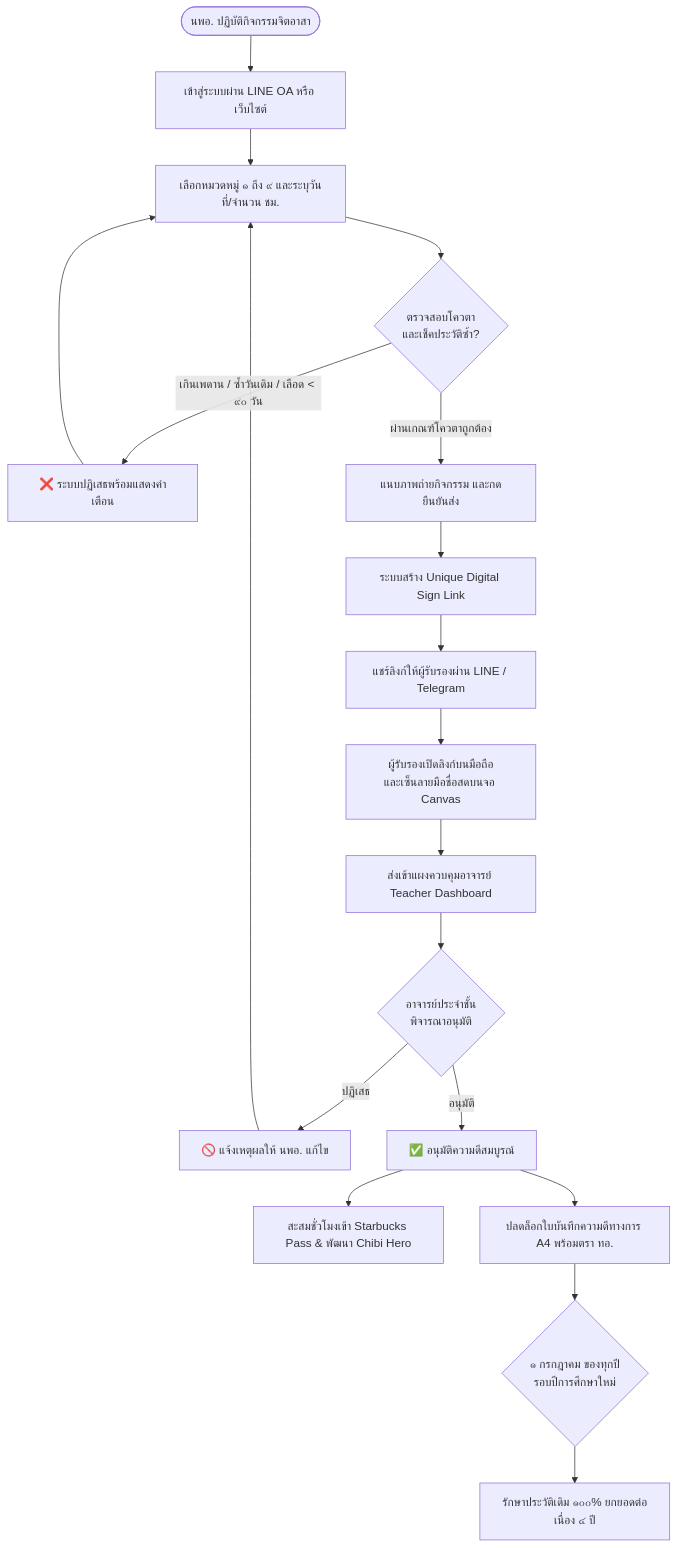
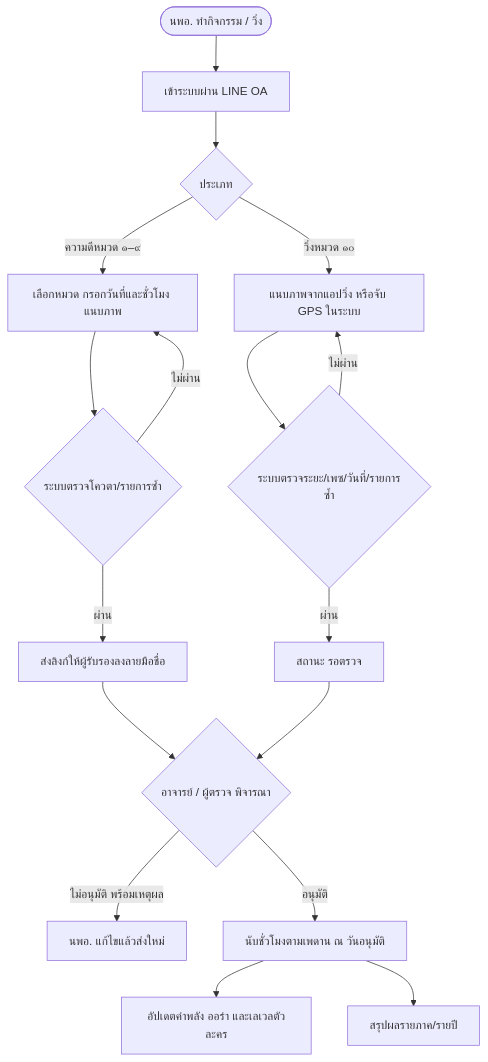
The diagram in SOP_STANDARD_OPERATING_PROCEDURE_2569.md (anuchit1tube168-cmd/gooddeeds69), drawn with Mermaid before and after one commit. The commit also changed other lines of this file and 54 other files, not shown here.

````diff
--- a/SOP_STANDARD_OPERATING_PROCEDURE_2569.md
+++ b/SOP_STANDARD_OPERATING_PROCEDURE_2569.md
@@ -58,30 +70,19 @@
 ```mermaid
 flowchart TD
-    Start([นพอ. ปฏิบัติกิจกรรมจิตอาสา]) --> Login[เข้าสู่ระบบผ่าน LINE OA หรือ เว็บไซต์]
-    Login --> SelectCat[เลือกหมวดหมู่ ๑ ถึง ๙ และระบุวันที่/จำนวน ชม.]
-    SelectCat --> CheckQuota{ตรวจสอบโควตา
-และเช็คประวัติซ้ำ?}
-    
-    CheckQuota -- เกินเพดาน / ซ้ำวันเดิม / เลือด < ๙๐ วัน --> RejectAuto[❌ ระบบปฏิเสธพร้อมแสดงคำเตือน]
-    RejectAuto --> SelectCat
-    
-    CheckQuota -- ผ่านเกณฑ์โควตาถูกต้อง --> UploadPic[แนบภาพถ่ายกิจกรรม และกดยืนยันส่ง]
-    UploadPic --> GenLink[ระบบสร้าง Unique Digital Sign Link]
-    GenLink --> ShareLine[แชร์ลิงก์ให้ผู้รับรองผ่าน LINE / Telegram]
-    
-    ShareLine --> SignCanvas[ผู้รับรองเปิดลิงก์บนมือถือ
-และเซ็นลายมือชื่อสดบนจอ Canvas]
-    SignCanvas --> TeacherDash[ส่งเข้าแผงควบคุมอาจารย์ Teacher Dashboard]
-    
-    TeacherDash --> TeacherReview{อาจารย์ประจำชั้น
-พิจารณาอนุมัติ}
-    TeacherReview -- ปฏิเสธ --> RejectTeacher[🚫 แจ้งเหตุผลให้ นพอ. แก้ไข]
-    RejectTeacher --> SelectCat
-    
-    TeacherReview -- อนุมัติ --> ApprovedState[✅ อนุมัติความดีสมบูรณ์]
-    ApprovedState --> AddHours[สะสมชั่วโมงเข้า Starbucks Pass & พัฒนา Chibi Hero]
-    ApprovedState --> UnlockSlip[ปลดล็อกใบบันทึกความดีทางการ A4 พร้อมตรา ทอ.]
-    UnlockSlip --> RolloverCheck{๑ กรกฎาคม ของทุกปี
-รอบปีการศึกษาใหม่}
-    RolloverCheck --> DualCounter[รักษาประวัติเดิม ๑๐๐% ยกยอดต่อเนื่อง ๔ ปี]
+    A([นพอ. ทำกิจกรรม / วิ่ง]) --> B[เข้าระบบผ่าน LINE OA]
+    B --> C{ประเภท}
+    C -- ความดีหมวด ๑–๙ --> D[เลือกหมวด กรอกวันที่และชั่วโมง แนบภาพ]
+    D --> E{ระบบตรวจโควตา/รายการซ้ำ}
+    E -- ไม่ผ่าน --> D
+    E -- ผ่าน --> F[ส่งลิงก์ให้ผู้รับรองลงลายมือชื่อ]
+    C -- วิ่งหมวด ๑๐ --> G[แนบภาพจากแอปวิ่ง หรือจับ GPS ในระบบ]
+    G --> H{ระบบตรวจระยะ/เพซ/วันที่/รายการซ้ำ}
+    H -- ไม่ผ่าน --> G
+    H -- ผ่าน --> I[สถานะ รอตรวจ]
+    F --> J{อาจารย์ / ผู้ตรวจ พิจารณา}
+    I --> J
+    J -- ไม่อนุมัติ พร้อมเหตุผล --> K[นพอ. แก้ไขแล้วส่งใหม่]
+    J -- อนุมัติ --> L[นับชั่วโมงตามเพดาน ณ วันอนุมัติ]
+    L --> M[อัปเดตค่าพลัง ออร่า และเลเวลตัวละคร]
+    L --> N[สรุปผลรายภาค/รายปี]
 ```
````
